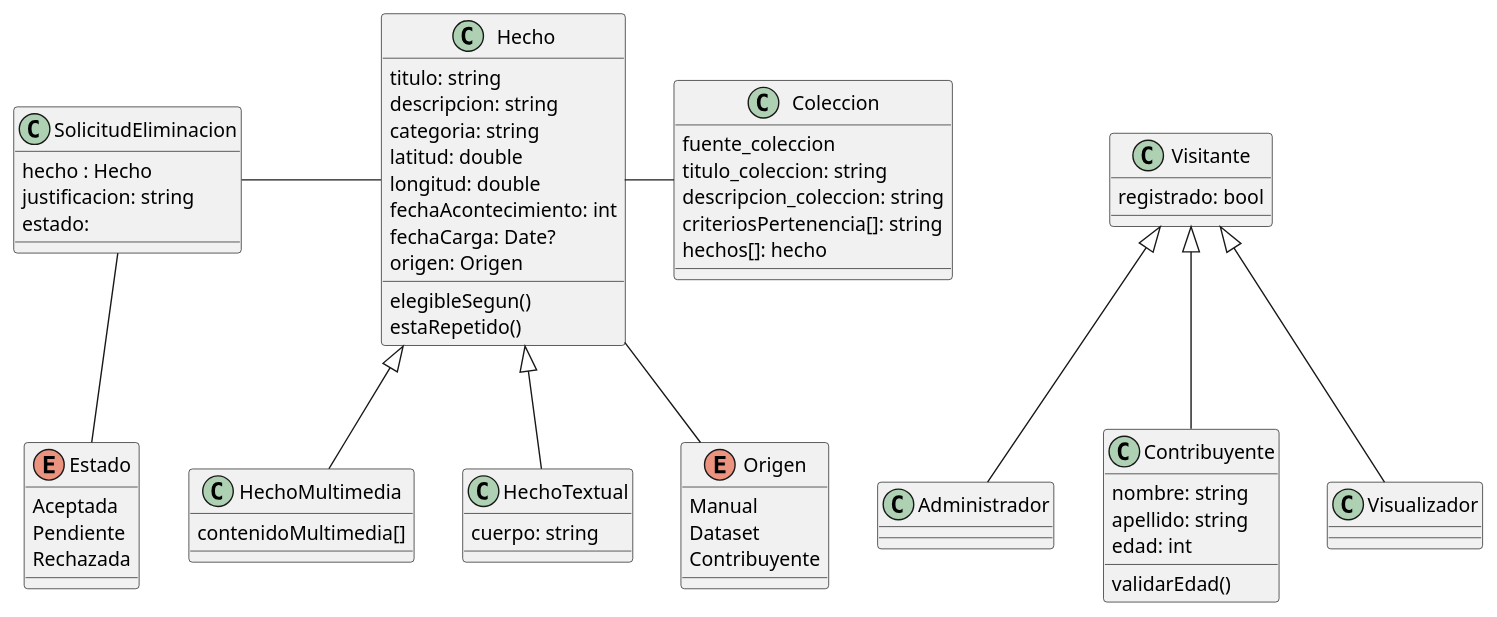
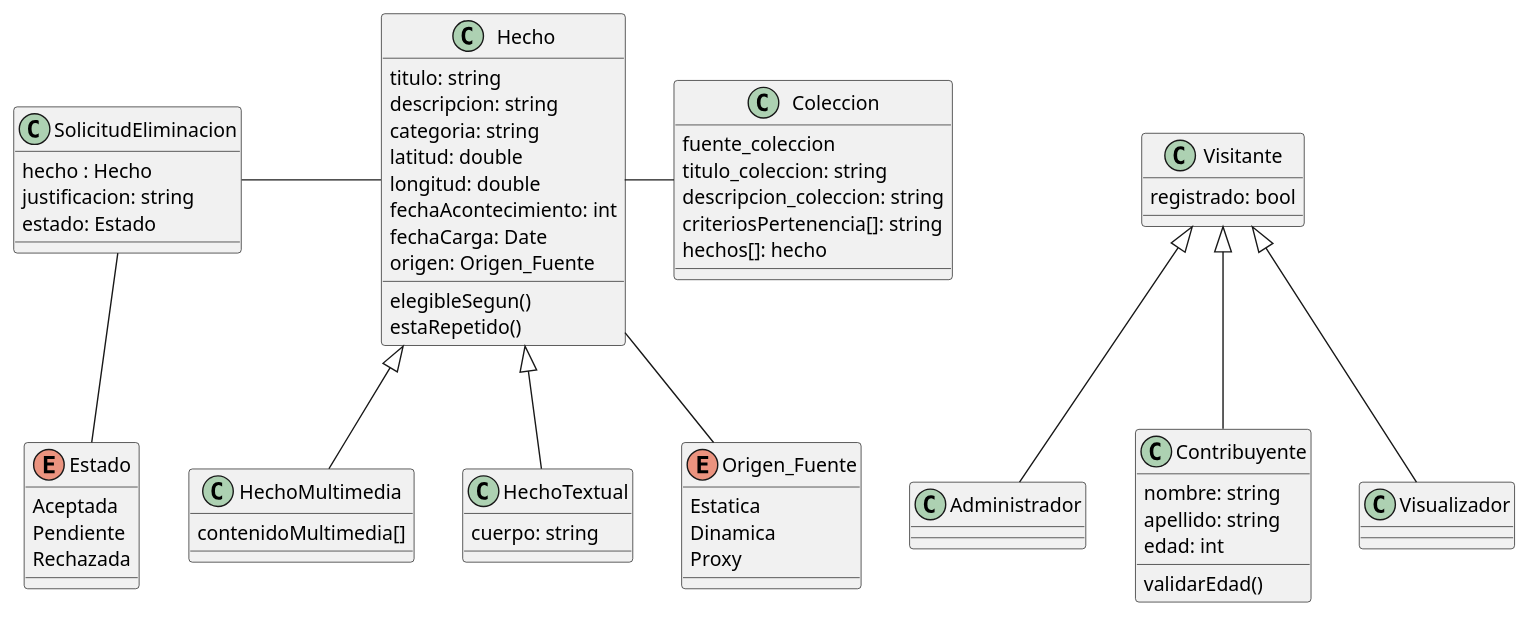
The diagram in diagrama.plantuml (David-Schmidt02/Entrega1-TP-DSI), drawn with PlantUML before and after one commit.

Commit message:
Cambio ENUM (Origen)

```diff
--- a/diagrama.plantuml
+++ b/diagrama.plantuml
@@ -1,80 +1,80 @@
 @startuml trabajoPractico
 
 'Clase padre de contribuyente y visualizador
 
 class Visitante {
     registrado: bool
 }
 
 class Administrador extends Visitante {
     
 }
 
 class Contribuyente extends Visitante {
     nombre: string
     apellido: string
     edad: int
     validarEdad()
 }
 
 class Visualizador extends Visitante {
 
 }
 
 class Coleccion {
     fuente_coleccion
     titulo_coleccion: string
     descripcion_coleccion: string
     criteriosPertenencia[]: string
     hechos[]: hecho
 }
 ' DUDA => Criterios: lista de valores/atributos/lo que sea/ o clase
 ' Se diagraman las fuentes en el DC? o podemos dejarlo como un atributo
 ' "Obtención de hechos en lote por archivos CSV, implicancias en el diagrama de clase
 ' 
 
 class Hecho {
     titulo: string
     descripcion: string
     categoria: string 
     latitud: double
     longitud: double
     fechaAcontecimiento: int
-    fechaCarga: Date?
-    origen: Origen
+    fechaCarga: Date
+    origen: Origen_Fuente
 
     elegibleSegun()
     estaRepetido()
 }
 
 class HechoMultimedia extends Hecho {
     contenidoMultimedia[] 
 }
 
 class HechoTextual extends Hecho {
     cuerpo: string
 }
 
 class SolicitudEliminacion {
     hecho : Hecho
     justificacion: string
-    estado:
+    estado: Estado
 
 }
 
 enum Estado {
     Aceptada
     Pendiente
     Rechazada
 }
-enum Origen {
-    Manual 
-    Dataset
-    Contribuyente
+enum Origen_Fuente {
+    Estatica 
+    Dinamica
+    Proxy
 }
 
-Hecho -- Origen
+Hecho -- Origen_Fuente
 Hecho --left SolicitudEliminacion
 Hecho --right Coleccion
 SolicitudEliminacion -- Estado
 @enduml
```
